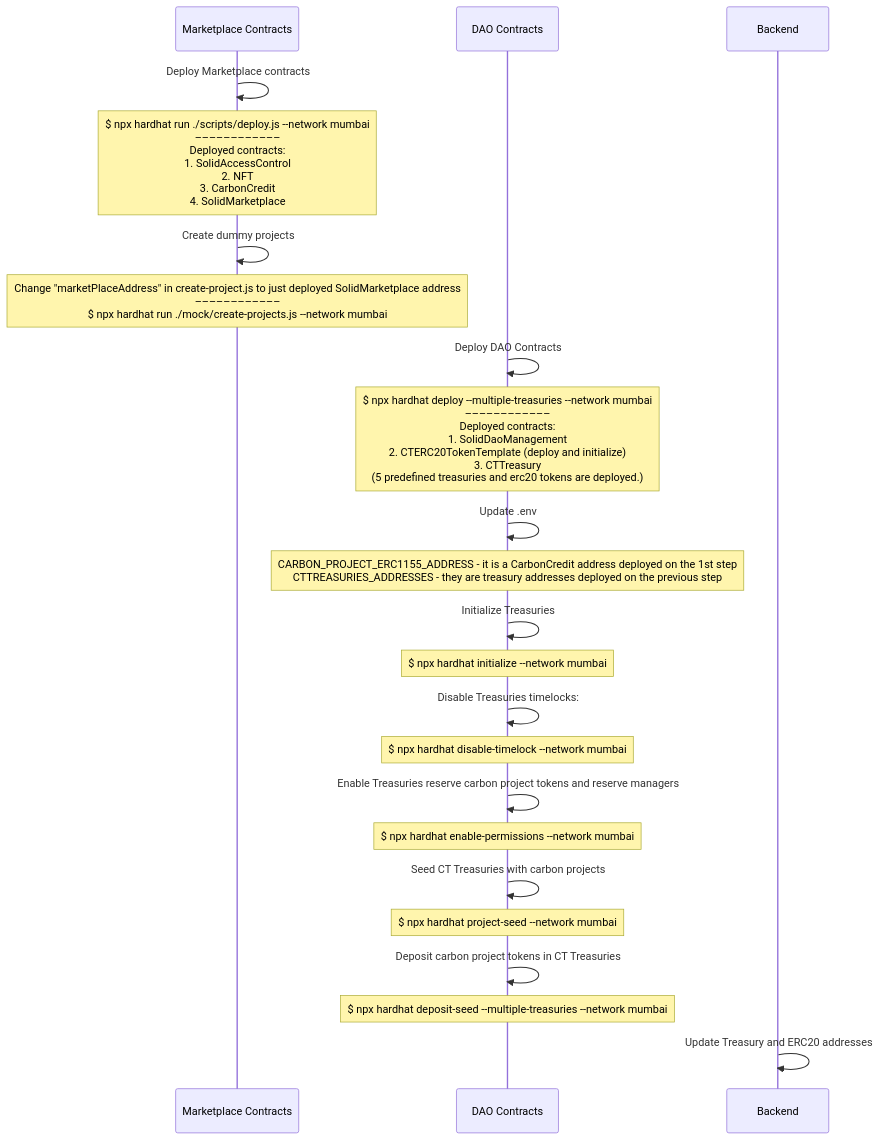
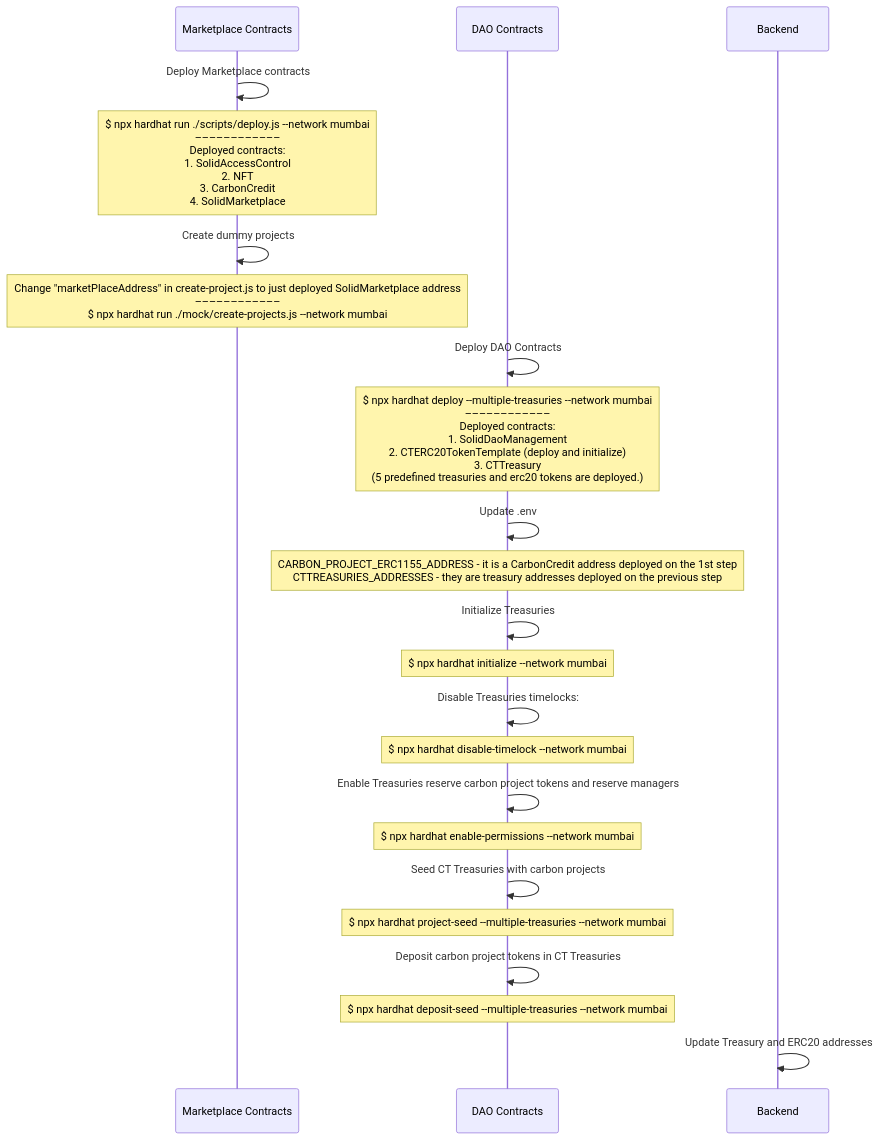
One commit to solid-world/solid-world-dao-contracts changed the diagram in docs/mumbai-deployment-flow.md. Above: the diagram before and after it, drawn with Mermaid. The commit also changed 2 other files, not shown here.

Commit message:
Create projects only in one treasury by the default

````diff
--- a/docs/mumbai-deployment-flow.md
+++ b/docs/mumbai-deployment-flow.md
@@ -1,25 +1,25 @@
 ```mermaid
 sequenceDiagram
     participant market as Marketplace Contracts
     participant dao as DAO Contracts
     participant Backend
     market->>market: Deploy Marketplace contracts
     Note over market: $ npx hardhat run ./scripts/deploy.js --network mumbai <br>––––––––––––<br>Deployed contracts: <br>1. SolidAccessControl <br>2. NFT <br>3. CarbonCredit <br>4. SolidMarketplace
     market->>market: Create dummy projects
     Note over market: Change "marketPlaceAddress" in create-project.js to just deployed SolidMarketplace address<br>––––––––––––<br>$ npx hardhat run ./mock/create-projects.js  --network mumbai
     dao->>dao: Deploy DAO Contracts
     Note over dao: $ npx hardhat deploy --multiple-treasuries --network mumbai <br>––––––––––––<br>Deployed contracts: <br>1. SolidDaoManagement<br> 2. CTERC20TokenTemplate (deploy and initialize)<br> 3. CTTreasury<br> (5 predefined treasuries and erc20 tokens are deployed.)
     dao->>dao: Update .env
     Note over dao: CARBON_PROJECT_ERC1155_ADDRESS - it is a CarbonCredit address deployed on the 1st step<br>CTTREASURIES_ADDRESSES - they are treasury addresses deployed on the previous step
     dao->>dao: Initialize Treasuries
     Note over dao: $ npx hardhat initialize --network mumbai
     dao->>dao: Disable Treasuries timelocks:
     Note over dao: $ npx hardhat disable-timelock --network mumbai
     dao->>dao: Enable Treasuries reserve carbon project tokens and reserve managers
     Note over dao: $ npx hardhat enable-permissions --network mumbai
     dao->>dao: Seed CT Treasuries with carbon projects
-    Note over dao: $ npx hardhat project-seed --network mumbai
+    Note over dao: $ npx hardhat project-seed --multiple-treasuries --network mumbai
     dao->>dao: Deposit carbon project tokens in CT Treasuries
     Note over dao: $ npx hardhat deposit-seed --multiple-treasuries --network mumbai
     Backend->>Backend: Update Treasury and ERC20 addresses
 ```
````
